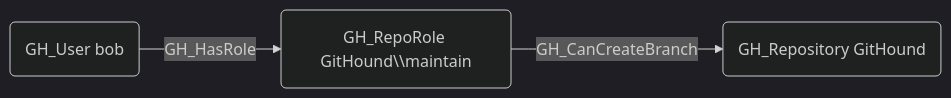
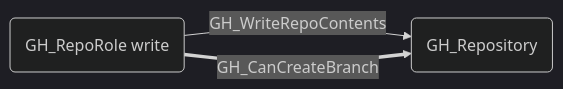
The first of 4 diagrams in Documentation/EdgeDescriptions/GH_CanCreateBranch.md (SpecterOps/GitHound), drawn with Mermaid (dark theme) before and after one commit. The commit also changed other lines of this file and 45 other files, not shown here.

````diff
--- a/Documentation/EdgeDescriptions/GH_CanCreateBranch.md
+++ b/Documentation/EdgeDescriptions/GH_CanCreateBranch.md
@@ -17,8 +23,5 @@
 ```mermaid
 graph LR
-    user1("GH_User bob")
-    repoRole("GH_RepoRole GitHound\\maintain")
-    repo("GH_Repository GitHound")
-    user1 -- GH_HasRole --> repoRole
-    repoRole -- GH_CanCreateBranch --> repo
+    role("GH_RepoRole write") -->|GH_WriteRepoContents| repo("GH_Repository")
+    role ==>|GH_CanCreateBranch| repo
 ```
````
